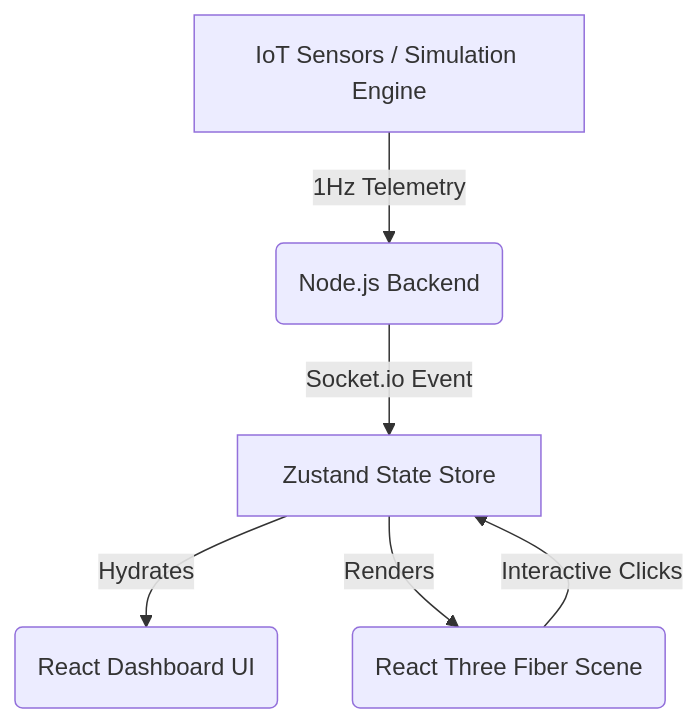
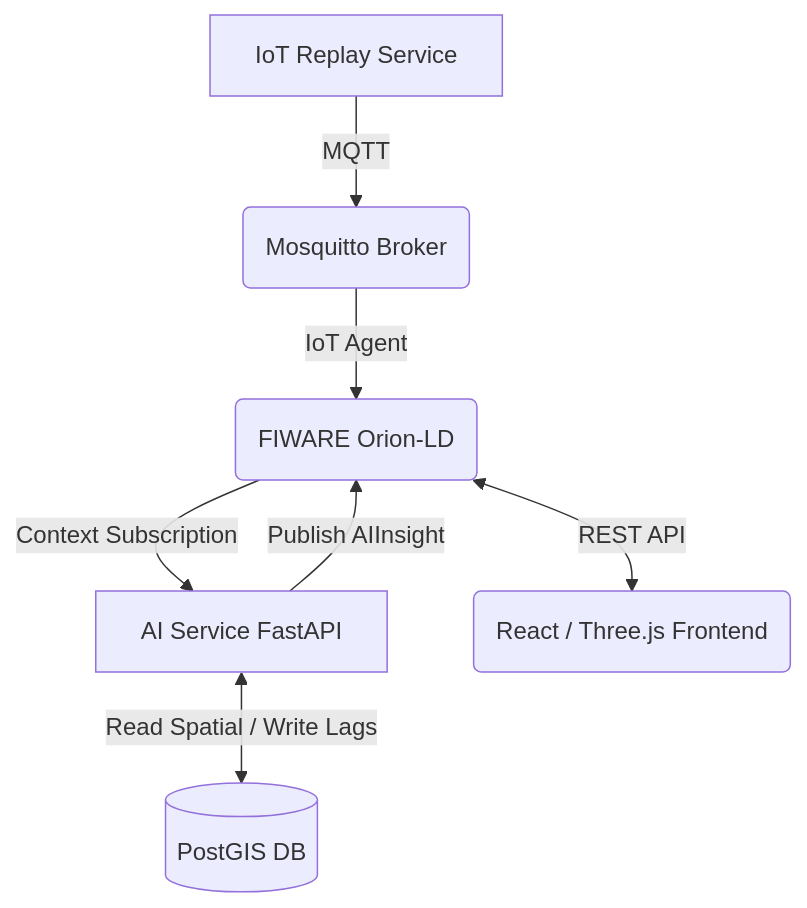
Before and after one commit to dogadurak/UrbanDigitalTwin: the diagram in README.md, drawn with Mermaid. The commit also changed other lines of this file and 41 other files, not shown here.

````diff
--- a/README.md
+++ b/README.md
@@ -52,8 +40,9 @@
 ```mermaid
 graph TD;
-    A[IoT Sensors / Simulation Engine] -->|1Hz Telemetry| B(Node.js Backend);
-    B -->|Socket.io Event| C[Zustand State Store];
-    C -->|Hydrates| D(React Dashboard UI);
-    C -->|Renders| E(React Three Fiber Scene);
-    E -->|Interactive Clicks| C;
+    A[IoT Replay Service] -->|MQTT| B(Mosquitto Broker);
+    B -->|IoT Agent| C(FIWARE Orion-LD);
+    C -->|Context Subscription| D[AI Service FastAPI];
+    D <-->|Read Spatial / Write Lags| E[(PostGIS DB)];
+    D -->|Publish AIInsight| C;
+    C <-->|REST API| F(React / Three.js Frontend);
 ```
````
